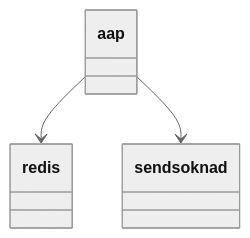
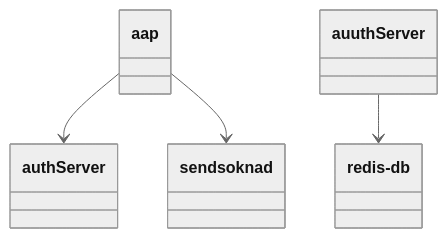
The diagram in docs/redis_avhengighet.md (navikt/sendsoknad-boot), drawn with Mermaid (neutral theme) before and after one commit.

Commit message:
lagt til authserver

````diff
--- a/docs/redis_avhengighet.md
+++ b/docs/redis_avhengighet.md
@@ -3,5 +3,6 @@
 ```mermaid
 classDiagram
-    aap-->redis
+    aap-->authServer
+    auuthServer-->redis-db
     aap-->sendsoknad
 ```
````
